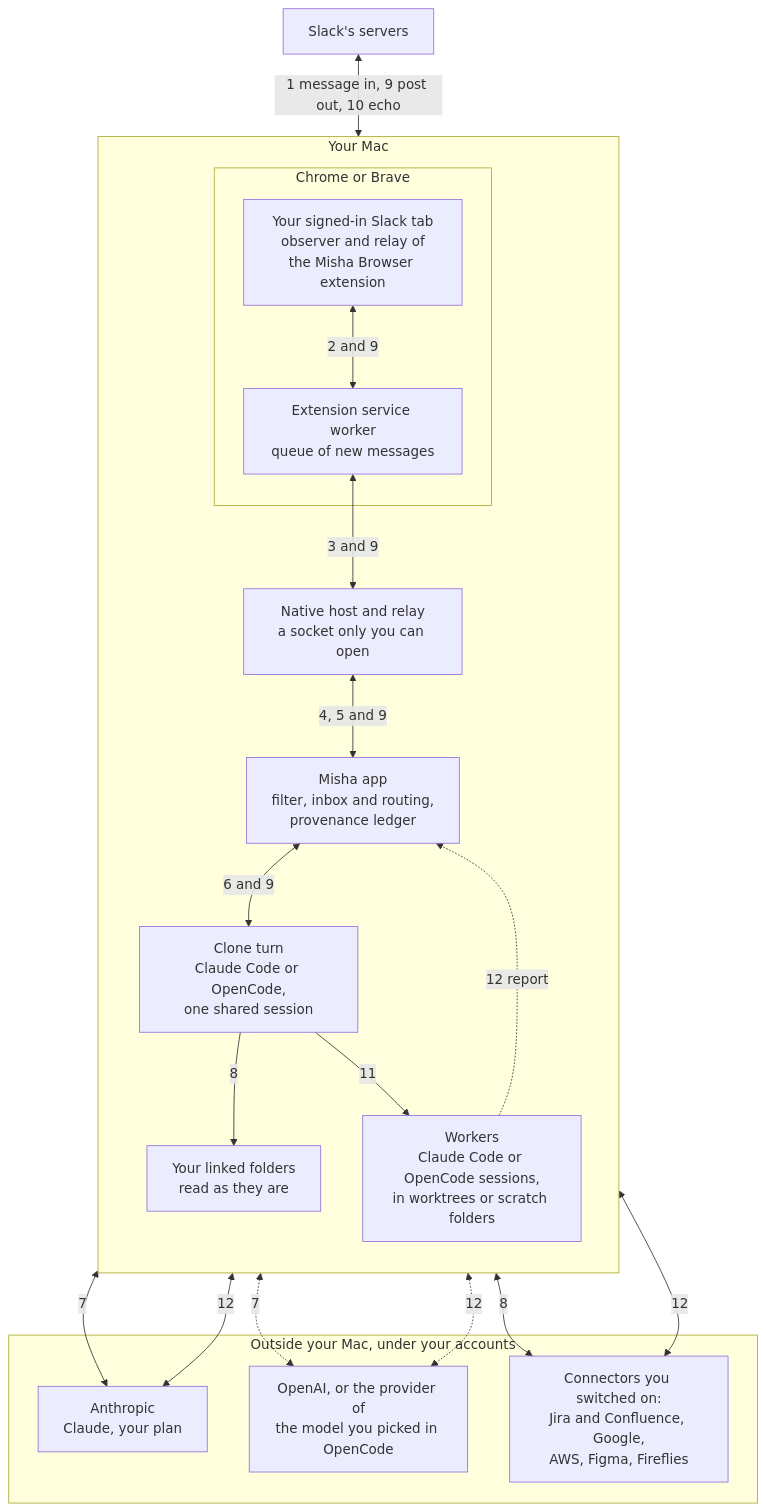
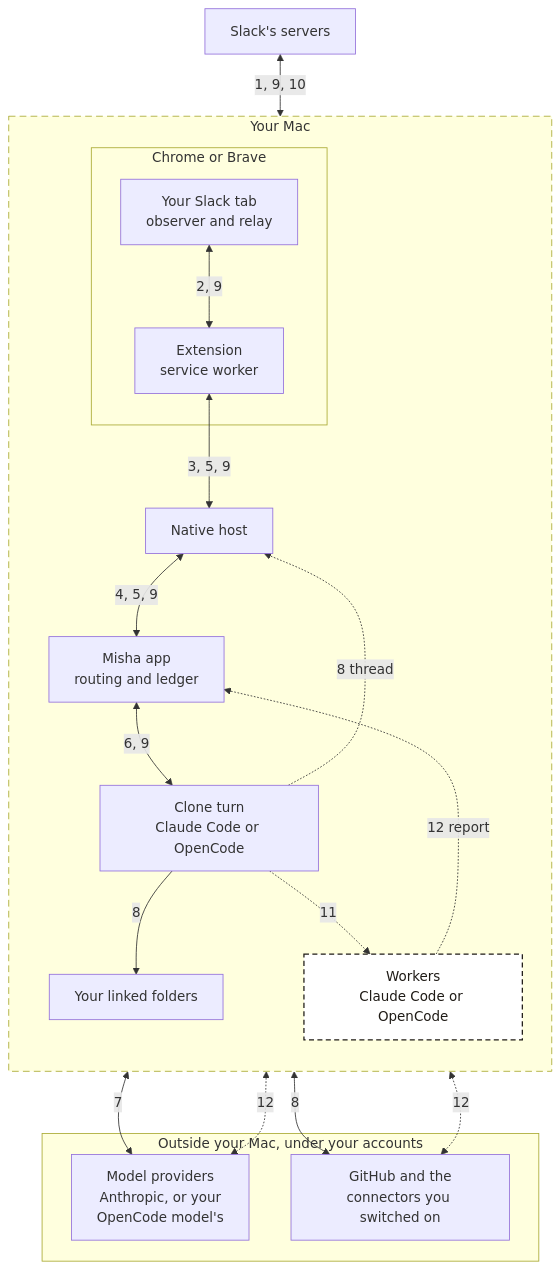
The diagram in diagrams/message-to-reply.mmd (dumdummisha/docs), drawn with Mermaid before and after one commit. The commit also changed 2 other files, not shown here.

Commit message:
docs: cut How Misha works to its essentials, with the review's corrections and a themed diagram
Unlinking, Claude worker MCP scope, the credential routes, the outgoing
uncertain-send rule, hands off, the marker and the runtime commands are
corrected; typed product values are gone. The diagram carries an
accessible title and description, the brand classes, the acknowledgement
and thread-read paths, and GitHub with the connected services.

```diff
--- a/diagrams/message-to-reply.mmd
+++ b/diagrams/message-to-reply.mmd
@@ -1,34 +1,37 @@
 flowchart TB
+  accTitle: How a Slack message reaches your clone and its reply gets back
+  accDescr: Inside your Mac, a message travels from your signed-in Slack tab to the extension service worker, the native host and the Misha app, which hands it to the clone turn. The app acknowledges it back to the service worker. The clone thinks with a model provider outside the Mac, reads the thread through the native host and your tab, reads your linked folders, and reads GitHub and your connected services. Its post goes back through the app, the native host, the service worker and the tab to Slack, which sends it back as an echo. On a turn that may start work, the clone starts a worker, which calls a model provider and your services and reports back to the app. Twelve numbered steps in the list under the diagram describe each arrow.
   slack["Slack's servers"]
   subgraph mac["Your Mac"]
     direction TB
     subgraph browser["Chrome or Brave"]
-      tab["Your signed-in Slack tab<br/>observer and relay of<br/>the Misha Browser extension"]
-      sw["Extension service worker<br/>queue of new messages"]
+      tab["Your Slack tab<br/>observer and relay"]
+      sw["Extension<br/>service worker"]
     end
-    host["Native host and relay<br/>a socket only you can open"]
-    app["Misha app<br/>filter, inbox and routing,<br/>provenance ledger"]
-    clone["Clone turn<br/>Claude Code or OpenCode,<br/>one shared session"]
-    folders["Your linked folders<br/>read as they are"]
-    workers["Workers<br/>Claude Code or OpenCode sessions,<br/>in worktrees or scratch folders"]
+    host["Native host"]
+    app["Misha app<br/>routing and ledger"]
+    clone["Clone turn<br/>Claude Code or OpenCode"]
+    folders["Your linked folders"]
+    workers["Workers<br/>Claude Code or OpenCode"]:::conditional
   end
   subgraph outside["Outside your Mac, under your accounts"]
-    anthropic["Anthropic<br/>Claude, your plan"]
-    openai["OpenAI, or the provider of<br/>the model you picked in OpenCode"]
-    services["Connectors you switched on:<br/>Jira and Confluence, Google,<br/>AWS, Figma, Fireflies"]
+    providers["Model providers<br/>Anthropic, or your<br/>OpenCode model's"]
+    services["GitHub and the<br/>connectors you switched on"]
   end
 
-  slack <-->|"1 message in, 9 post out, 10 echo"| tab
-  tab <-->|"2 and 9"| sw
-  sw <-->|"3 and 9"| host
-  host <-->|"4, 5 and 9"| app
-  app <-->|"6 and 9"| clone
+  slack <-->|"1, 9, 10"| tab
+  tab <-->|"2, 9"| sw
+  sw <-->|"3, 5, 9"| host
+  host <-->|"4, 5, 9"| app
+  app <-->|"6, 9"| clone
+  clone -.->|"8 thread"| host
   clone -->|"8"| folders
-  clone -->|"11"| workers
+  clone <-->|"7"| providers
+  clone <-->|"8"| services
+  clone -.->|"11"| workers
   workers -.->|"12 report"| app
-  clone <-->|"7"| anthropic
-  clone <-.->|"7"| openai
-  clone <-->|"8"| services
-  workers <-->|"12"| anthropic
-  workers <-.->|"12"| openai
-  workers <-->|"12"| services
+  workers <-.->|"12"| providers
+  workers <-.->|"12"| services
+
+  classDef conditional fill:#ffffff,stroke:#1f1b16,stroke-width:1.5px,stroke-dasharray:6 4,color:#1f1b16
+  style mac stroke-dasharray:8 5
```
